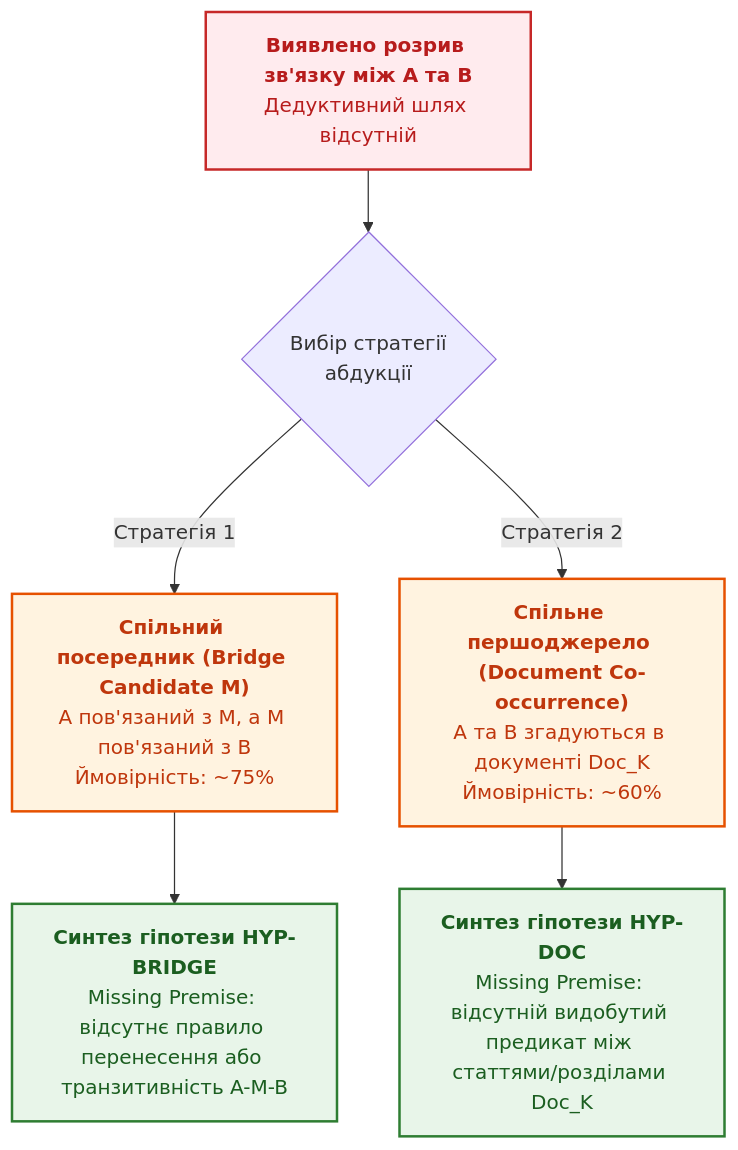
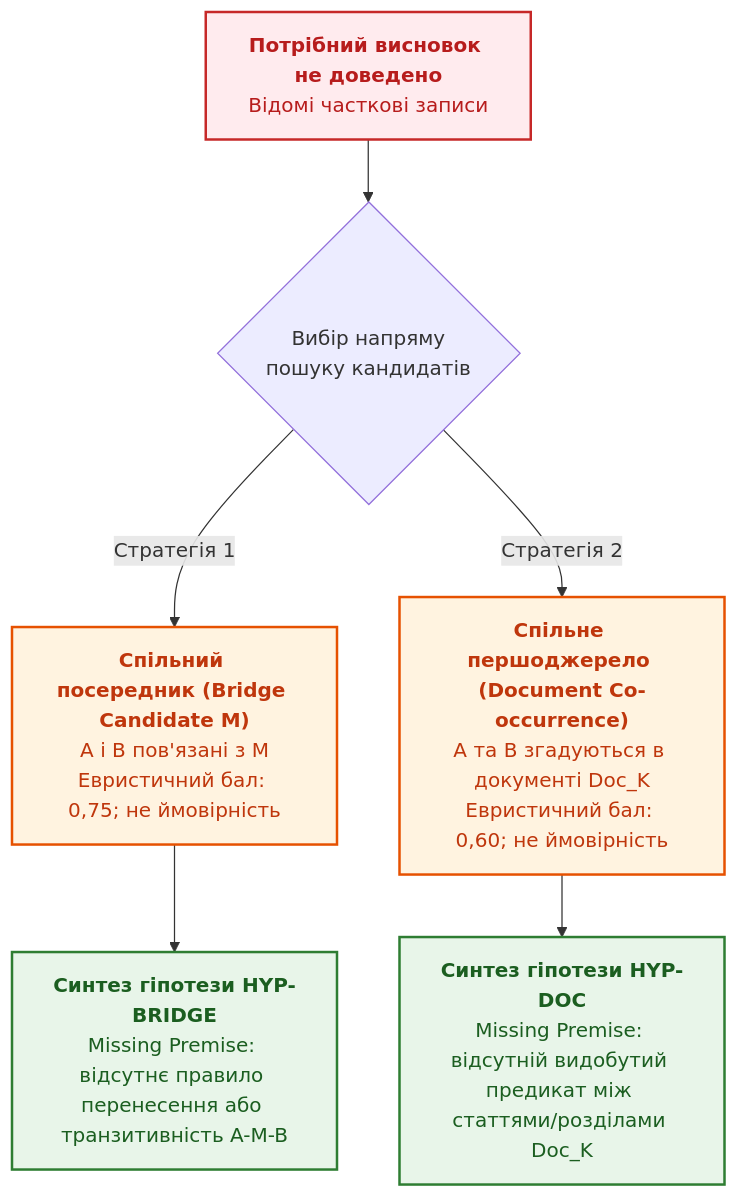
The fourth of 6 diagrams in ExpertSystem/ch34-deterministic-relational-analysis-abduction-and-socratic-dialogue.md (nick-fedchik/articles), drawn with Mermaid before and after one commit. The commit also changed other lines of this file and 7 other files, not shown here.

````diff
--- a/ExpertSystem/ch34-deterministic-relational-analysis-abduction-and-socratic-dialogue.md
+++ b/ExpertSystem/ch34-deterministic-relational-analysis-abduction-and-socratic-dialogue.md
@@ -343,21 +451,21 @@
 ```mermaid
 flowchart TD
     accTitle: Стратегії генерації абдуктивних робочих гіпотез
     accDescr: Дві основні стратегії абдукції: через спільну сутність-посередник (Bridge Entity) та через спільний нормативний документ (Co-occurrence).
 
-    GAP["<b>Виявлено розрив зв'язку між A та B</b><br/>Дедуктивний шлях відсутній"] --> STRAT{"Вибір стратегії<br/>абдукції"}
+	GAP["<b>Потрібний висновок не доведено</b><br/>Відомі часткові записи"] --> STRAT{"Вибір напряму<br/>пошуку кандидатів"}
 
-    STRAT -->|"Стратегія 1"| BR["<b>Спільний посередник (Bridge Candidate M)</b><br/>A пов'язаний з M, а M пов'язаний з B<br/>Ймовірність: ~75%"]
+	STRAT -->|"Стратегія 1"| BR["<b>Спільний посередник (Bridge Candidate M)</b><br/>A і B пов'язані з M<br/>Евристичний бал: 0,75; не ймовірність"]
     BR --> FORM1["<b>Синтез гіпотези HYP-BRIDGE</b><br/>Missing Premise: відсутнє правило перенесення або транзитивність A-M-B"]
 
-    STRAT -->|"Стратегія 2"| DOC["<b>Спільне першоджерело (Document Co-occurrence)</b><br/>A та B згадуються в документі Doc_K<br/>Ймовірність: ~60%"]
+	STRAT -->|"Стратегія 2"| DOC["<b>Спільне першоджерело (Document Co-occurrence)</b><br/>A та B згадуються в документі Doc_K<br/>Евристичний бал: 0,60; не ймовірність"]
     DOC --> FORM2["<b>Синтез гіпотези HYP-DOC</b><br/>Missing Premise: відсутній видобутий предикат між статтями/розділами Doc_K"]
 
     classDef gap fill:#ffebee,stroke:#c62828,stroke-width:2px,color:#b71c1c;
     classDef strat fill:#fff3e0,stroke:#e65100,stroke-width:2px,color:#bf360c;
     classDef res fill:#e8f5e9,stroke:#2e7d32,stroke-width:2px,color:#1b5e20;
 
     class GAP gap;
     class BR,DOC strat;
     class FORM1,FORM2 res;
 ```
````
